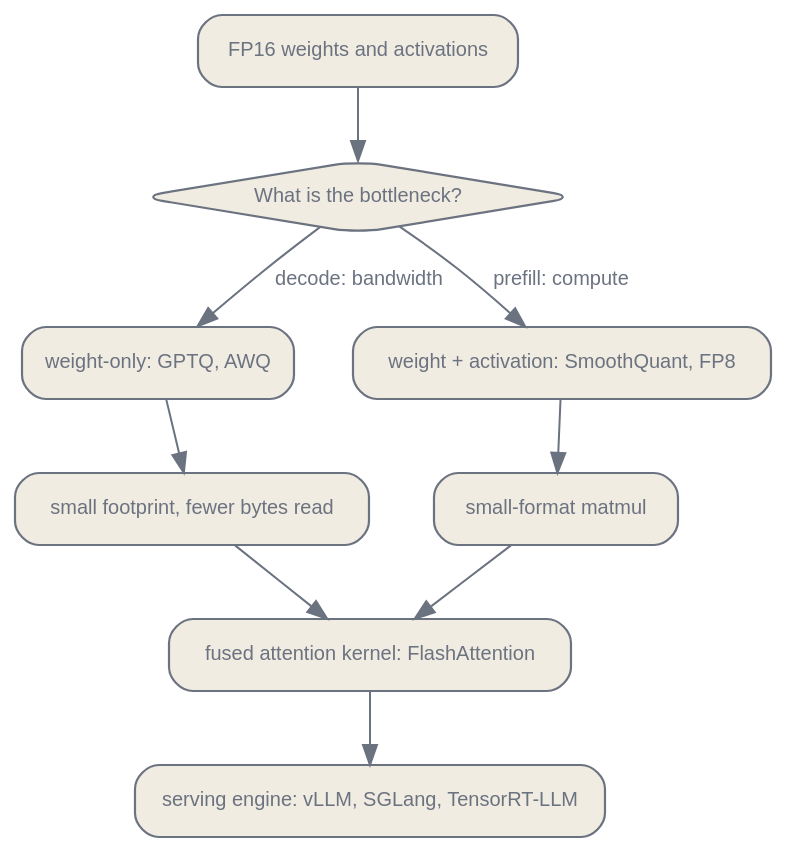
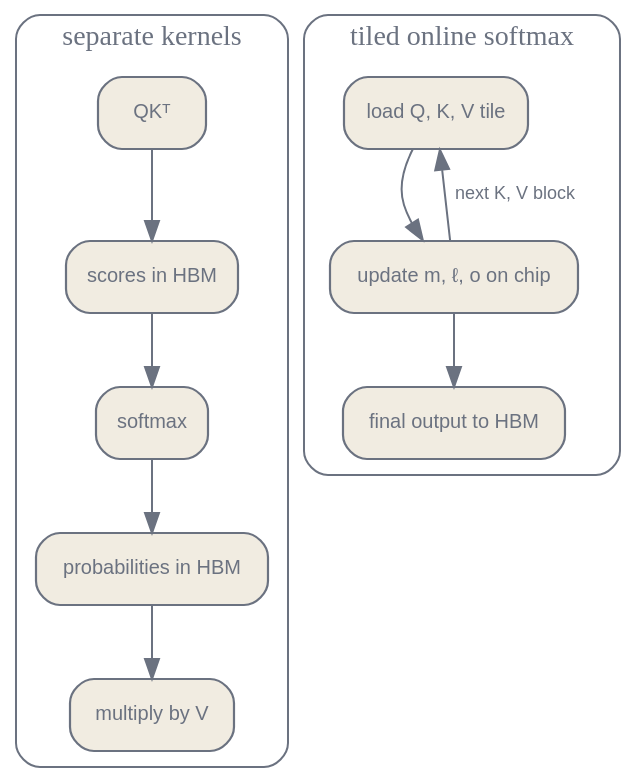
The second of 2 diagrams in en/inference/04-quantization-kernels.qmd (latere-ai/ai-as-an-infrastructure), drawn with Graphviz before and after one commit. The commit also changed other lines of this file and 4 other files, not shown here.

Commit message:
docs: rewrite quantization and kernels

````diff
--- a/en/inference/04-quantization-kernels.qmd
+++ b/en/inference/04-quantization-kernels.qmd
@@ -253,27 +386,29 @@
 ```{dot}
-//| label: fig-quantization-kernels-routing
-//| fig-cap: "The serving regime routes the quantization choice, and a fused attention kernel sits beneath both paths before reaching the engine."
+//| label: fig-quantization-kernels-flashattention
+//| fig-cap: "Separate attention kernels materialize intermediates in HBM. A tiled online-softmax kernel keeps each score block and its running state on chip, then writes only the final output."
 digraph {
   bgcolor="transparent";
   rankdir=TB;
-  nodesep=0.4; ranksep=0.5;
+  nodesep=0.38; ranksep=0.48;
   node [shape=box, style="rounded,filled", fontname="Helvetica", fontsize=10, color="#6b7280", fontcolor="#6b7280", fillcolor="#f1ece1", penwidth=1.1];
-  edge [fontsize=10, fontname="Helvetica", color="#6b7280", fontcolor="#6b7280"];
-  A [label="FP16 weights and activations"];
-  B [label="What is the bottleneck?", shape=diamond];
-  C [label="weight-only: GPTQ, AWQ"];
-  D [label="weight + activation: SmoothQuant, FP8"];
-  E [label="small footprint, fewer bytes read"];
-  F [label="small-format matmul"];
-  G [label="fused attention kernel: FlashAttention"];
-  H [label="serving engine: vLLM, SGLang, TensorRT-LLM"];
-  A -> B;
-  B -> C [label="decode: bandwidth"];
-  B -> D [label="prefill: compute"];
-  C -> E;
-  D -> F;
-  E -> G;
-  F -> G;
-  G -> H;
+  edge [fontsize=9, fontname="Helvetica", color="#6b7280", fontcolor="#6b7280"];
+  subgraph cluster_separate {
+    label="separate kernels"; style=rounded; color="#6b7280"; fontcolor="#6b7280";
+    Q1 [label="QKᵀ"];
+    H1 [label="scores in HBM"];
+    S1 [label="softmax"];
+    H2 [label="probabilities in HBM"];
+    V1 [label="multiply by V"];
+    Q1 -> H1 -> S1 -> H2 -> V1;
+  }
+  subgraph cluster_tiled {
+    label="tiled online softmax"; style=rounded; color="#6b7280"; fontcolor="#6b7280";
+    T1 [label="load Q, K, V tile"];
+    T2 [label="update m, ℓ, o on chip"];
+    T3 [label="final output to HBM"];
+    T1 -> T2;
+    T2 -> T1 [label="next K, V block"];
+    T2 -> T3;
+  }
 }
 ```
````
